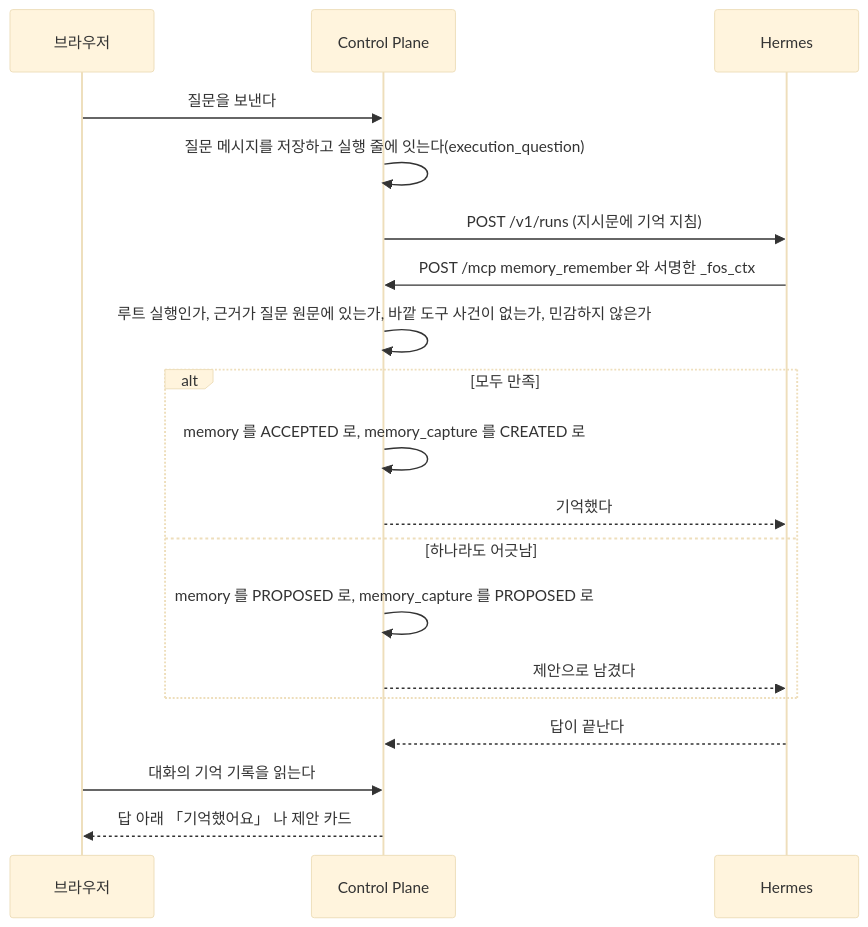
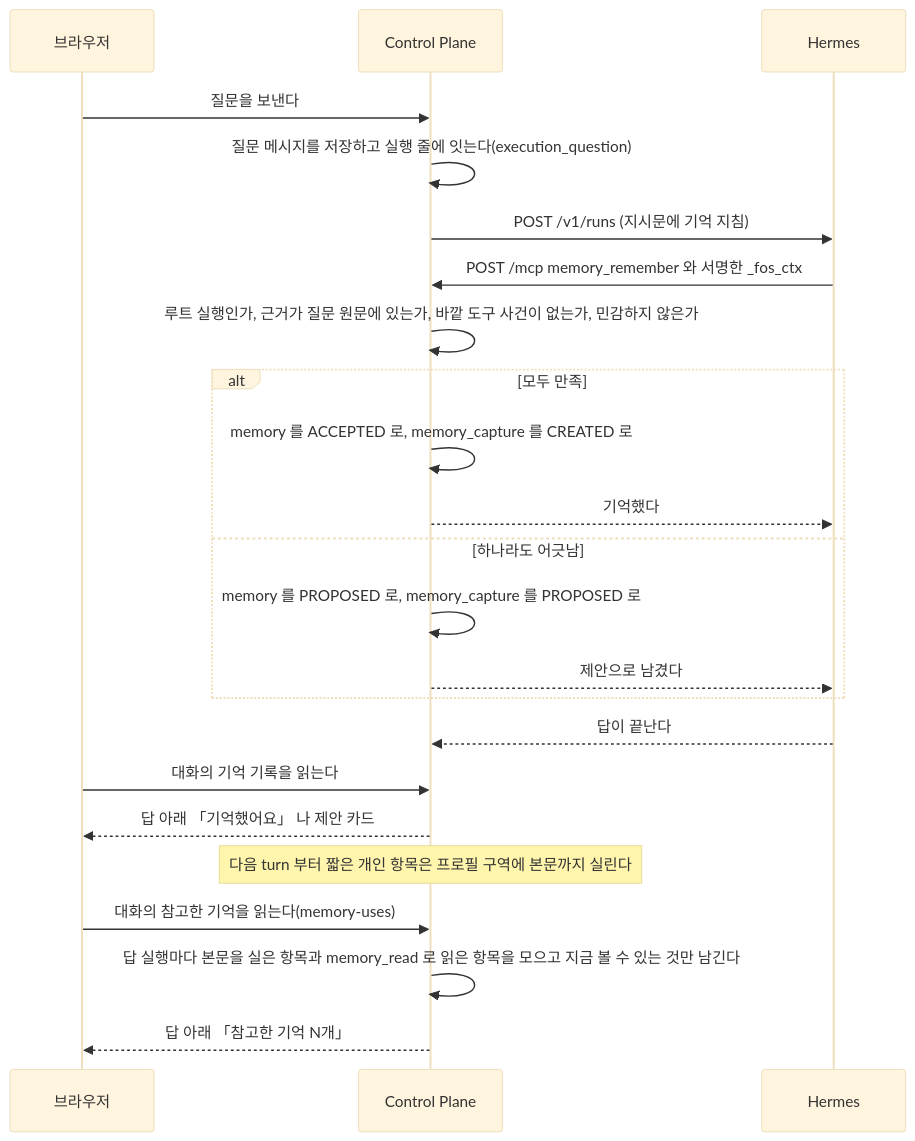
The seventh of 8 diagrams in docs/flow.md (jon890/fos-assistant), drawn with Mermaid (base theme) before and after one commit. The commit also changed 10 other files, not shown here.

First line of the commit message:
docs(docs): 짧은 개인 기억을 싣는 사용자 프로필 구역과 참고한 기억 표시, Memory 회수 측정을 정한다

````diff
--- a/docs/flow.md
+++ b/docs/flow.md
@@ -357,22 +357,26 @@
 ```mermaid
 sequenceDiagram
     participant B as 브라우저
     participant C as Control Plane
     participant H as Hermes
 
     B->>C: 질문을 보낸다
     C->>C: 질문 메시지를 저장하고 실행 줄에 잇는다(execution_question)
     C->>H: POST /v1/runs (지시문에 기억 지침)
     H->>C: POST /mcp memory_remember 와 서명한 _fos_ctx
     C->>C: 루트 실행인가, 근거가 질문 원문에 있는가, 바깥 도구 사건이 없는가, 민감하지 않은가
     alt 모두 만족
         C->>C: memory 를 ACCEPTED 로, memory_capture 를 CREATED 로
         C-->>H: 기억했다
     else 하나라도 어긋남
         C->>C: memory 를 PROPOSED 로, memory_capture 를 PROPOSED 로
         C-->>H: 제안으로 남겼다
     end
     H-->>C: 답이 끝난다
     B->>C: 대화의 기억 기록을 읽는다
     C-->>B: 답 아래 「기억했어요」 나 제안 카드
+    Note over C: 다음 turn 부터 짧은 개인 항목은 프로필 구역에 본문까지 실린다
+    B->>C: 대화의 참고한 기억을 읽는다(memory-uses)
+    C->>C: 답 실행마다 본문을 실은 항목과 memory_read 로 읽은 항목을 모으고 지금 볼 수 있는 것만 남긴다
+    C-->>B: 답 아래 「참고한 기억 N개」
 ```
````
